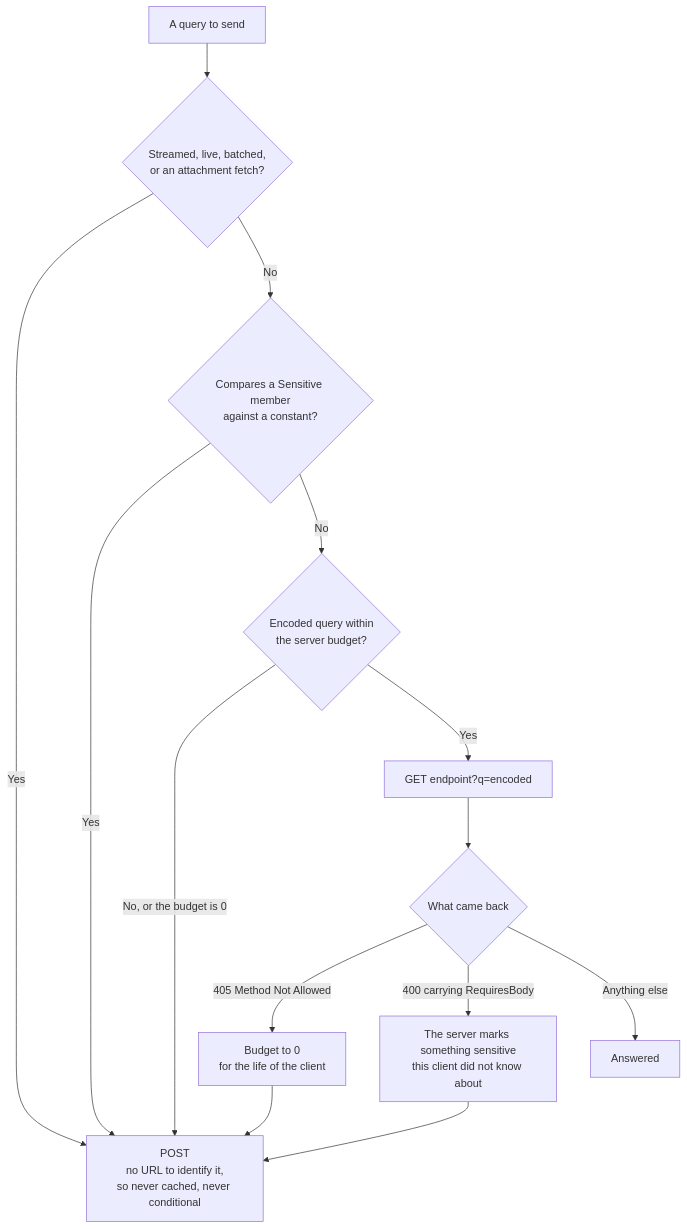
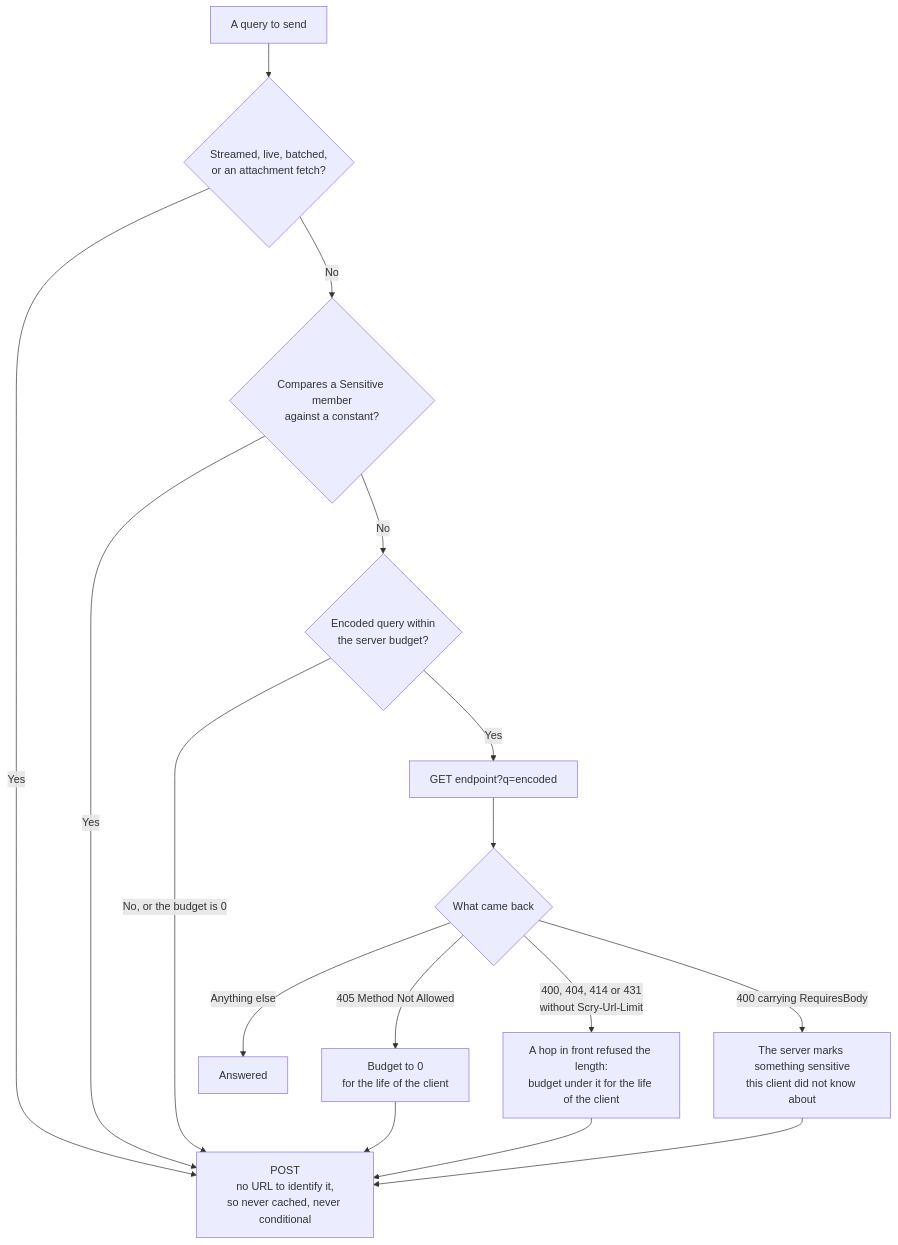
Before and after one commit to Papyrine/Scry: the diagram in docs/caching.md, drawn with Mermaid. The commit also changed other lines of this file and 5 other files, not shown here.

First line of the commit message:
Re-ask a URL refused in front of the server as a body

````diff
--- a/docs/caching.md
+++ b/docs/caching.md
@@ -31,16 +31,18 @@
 ```mermaid
 flowchart TD
     Q[A query to send] --> T{"Streamed, live, batched,<br/>or an attachment fetch?"}
     T -- Yes --> P["POST<br/>no URL to identify it,<br/>so never cached, never conditional"]
     T -- No --> S{"Compares a Sensitive member<br/>against a constant?"}
     S -- Yes --> P
     S -- No --> L{"Encoded query within<br/>the server budget?"}
     L -- "No, or the budget is 0" --> P
     L -- Yes --> G["GET endpoint?q=encoded"]
     G --> R{What came back}
     R -- "405 Method Not Allowed" --> Z[Budget to 0<br/>for the life of the client]
+    R -- "400, 404, 414 or 431<br/>without Scry-Url-Limit" --> X["A hop in front refused the length:<br/>budget under it for the life of the client"]
     R -- "400 carrying RequiresBody" --> Y["The server marks something sensitive<br/>this client did not know about"]
     Z --> P
+    X --> P
     Y --> P
     R -- Anything else --> D[Answered]
 ```
````
